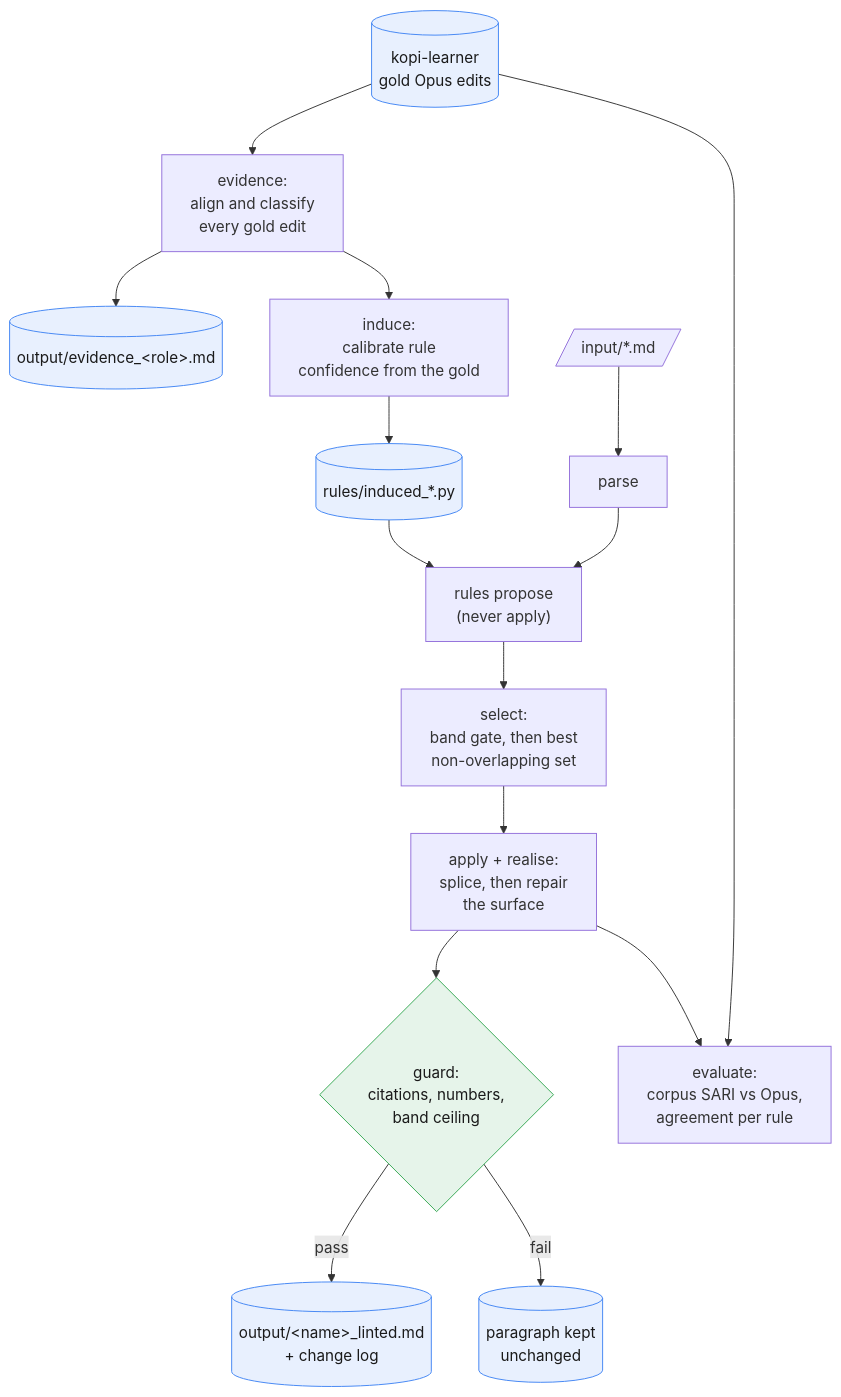
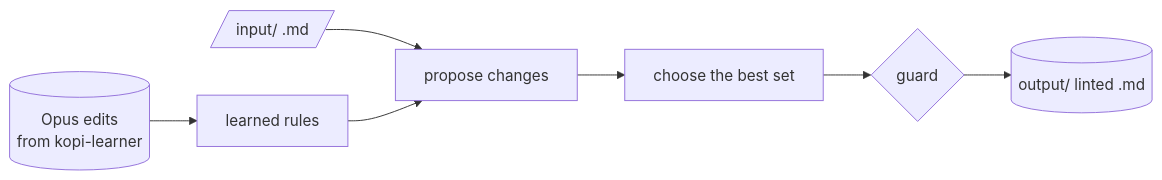
The diagram in workers/kopi-linter/README.md (mashud37/kopi-workers), drawn with Mermaid before and after one commit. The commit also changed other lines of this file, not shown here.

````diff
--- a/workers/kopi-linter/README.md
+++ b/workers/kopi-linter/README.md
@@ -59,24 +13,9 @@
 ```mermaid
-flowchart TD
-    CORPUS[("kopi-learner<br/>gold Opus edits")] --> EVIDENCE["evidence:<br/>align and classify<br/>every gold edit"]
-    EVIDENCE --> REPORT[("output/evidence_&lt;role&gt;.md")]
-    EVIDENCE --> INDUCE["induce:<br/>calibrate rule<br/>confidence from the gold"]
-    INDUCE --> TABLES[("rules/induced_*.py")]
-
-    DOC[/"input/*.md"/] --> PARSE["parse"]
-    PARSE --> PROPOSE["rules propose<br/>(never apply)"]
-    TABLES --> PROPOSE
-    PROPOSE --> SELECT["select:<br/>band gate, then best<br/>non-overlapping set"]
-    SELECT --> APPLY["apply + realise:<br/>splice, then repair<br/>the surface"]
-    APPLY --> GUARD{"guard:<br/>citations, numbers,<br/>band ceiling"}
-    GUARD -->|"pass"| OUT[("output/&lt;name&gt;_linted.md<br/>+ change log")]
-    GUARD -->|"fail"| KEEP[("paragraph kept<br/>unchanged")]
-
-    CORPUS --> SCORE["evaluate:<br/>corpus SARI vs Opus,<br/>agreement per rule"]
-    APPLY --> SCORE
-
-    classDef store fill:#e8f0fe,stroke:#4285f4,color:#1a1a1a;
-    classDef route fill:#e6f4ea,stroke:#34a853,color:#1a1a1a;
-    class CORPUS,REPORT,TABLES,OUT,KEEP store;
-    class GUARD route;
+flowchart LR
+    GOLD[("Opus edits<br/>from kopi-learner")] --> RULES["learned rules"]
+    DOC[/"input/ .md"/] --> PROPOSE["propose changes"]
+    RULES --> PROPOSE
+    PROPOSE --> SELECT["choose the best set"]
+    SELECT --> GUARD{"guard"}
+    GUARD --> OUT[("output/ linted .md")]
 ```
````
